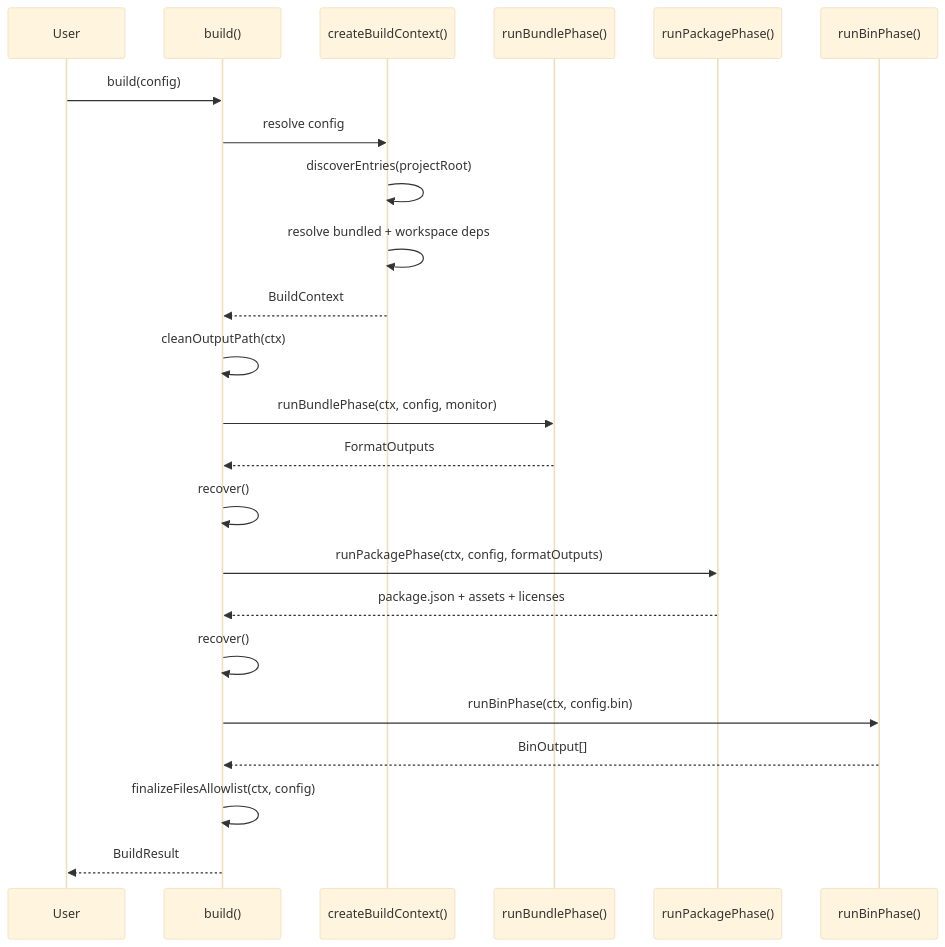
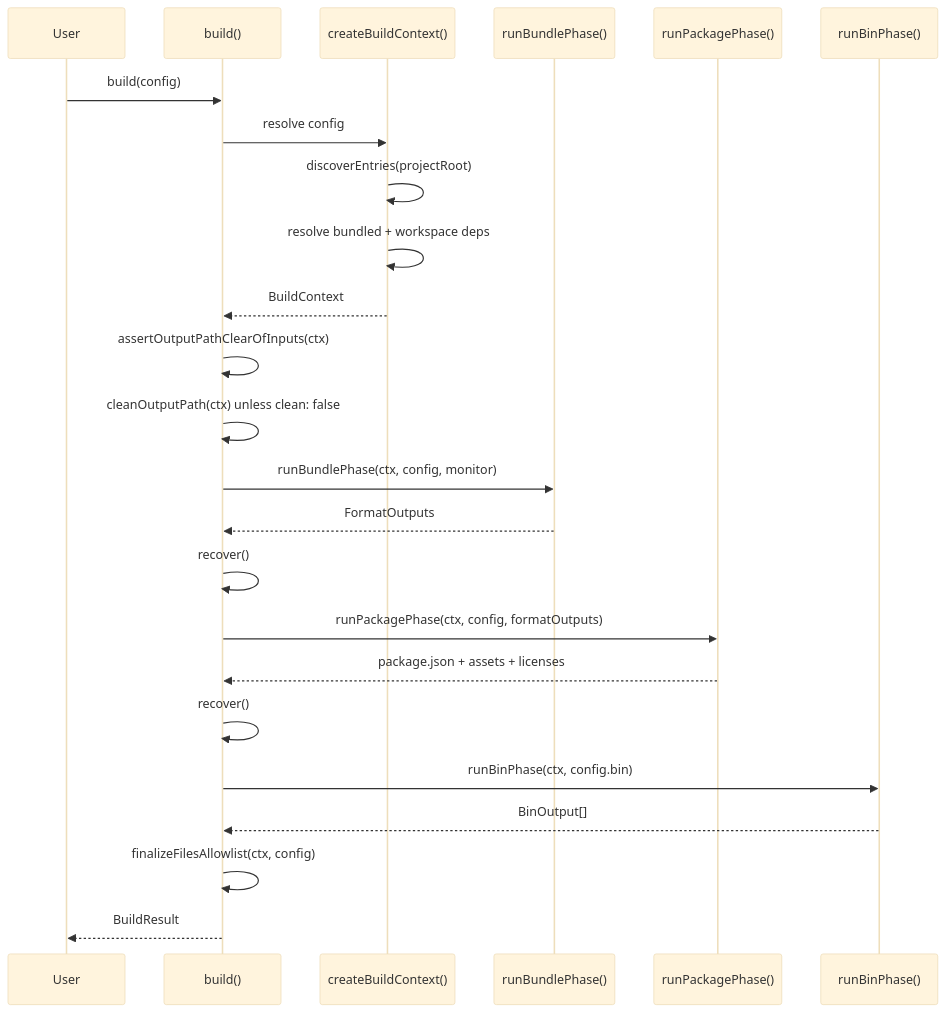
One commit to AndrewRedican/hyperfrontend changed the third of 5 diagrams in libs/builder/ARCHITECTURE.md. Above: the diagram before and after it, drawn with Mermaid. The commit also changed 6 other files, not shown here.

Commit message:
feat(lib-builder): clean only an owned output and add the clean option

````diff
--- a/libs/builder/ARCHITECTURE.md
+++ b/libs/builder/ARCHITECTURE.md
@@ -192,36 +192,37 @@
 ```mermaid
 ---
 config:
   theme: base
   themeVariables:
     fontSize: 12px
 ---
 sequenceDiagram
     participant User
     participant Build as build()
     participant Ctx as createBuildContext()
     participant Bundle as runBundlePhase()
     participant Package as runPackagePhase()
     participant Bin as runBinPhase()
 
     User->>Build: build(config)
     Build->>Ctx: resolve config
     Ctx->>Ctx: discoverEntries(projectRoot)
     Ctx->>Ctx: resolve bundled + workspace deps
     Ctx-->>Build: BuildContext
 
-    Build->>Build: cleanOutputPath(ctx)
+    Build->>Build: assertOutputPathClearOfInputs(ctx)
+    Build->>Build: cleanOutputPath(ctx) unless clean: false
     Build->>Bundle: runBundlePhase(ctx, config, monitor)
     Bundle-->>Build: FormatOutputs
     Build->>Build: recover()
 
     Build->>Package: runPackagePhase(ctx, config, formatOutputs)
     Package-->>Build: package.json + assets + licenses
     Build->>Build: recover()
 
     Build->>Bin: runBinPhase(ctx, config.bin)
     Bin-->>Build: BinOutput[]
 
     Build->>Build: finalizeFilesAllowlist(ctx, config)
     Build-->>User: BuildResult
 ```
````
